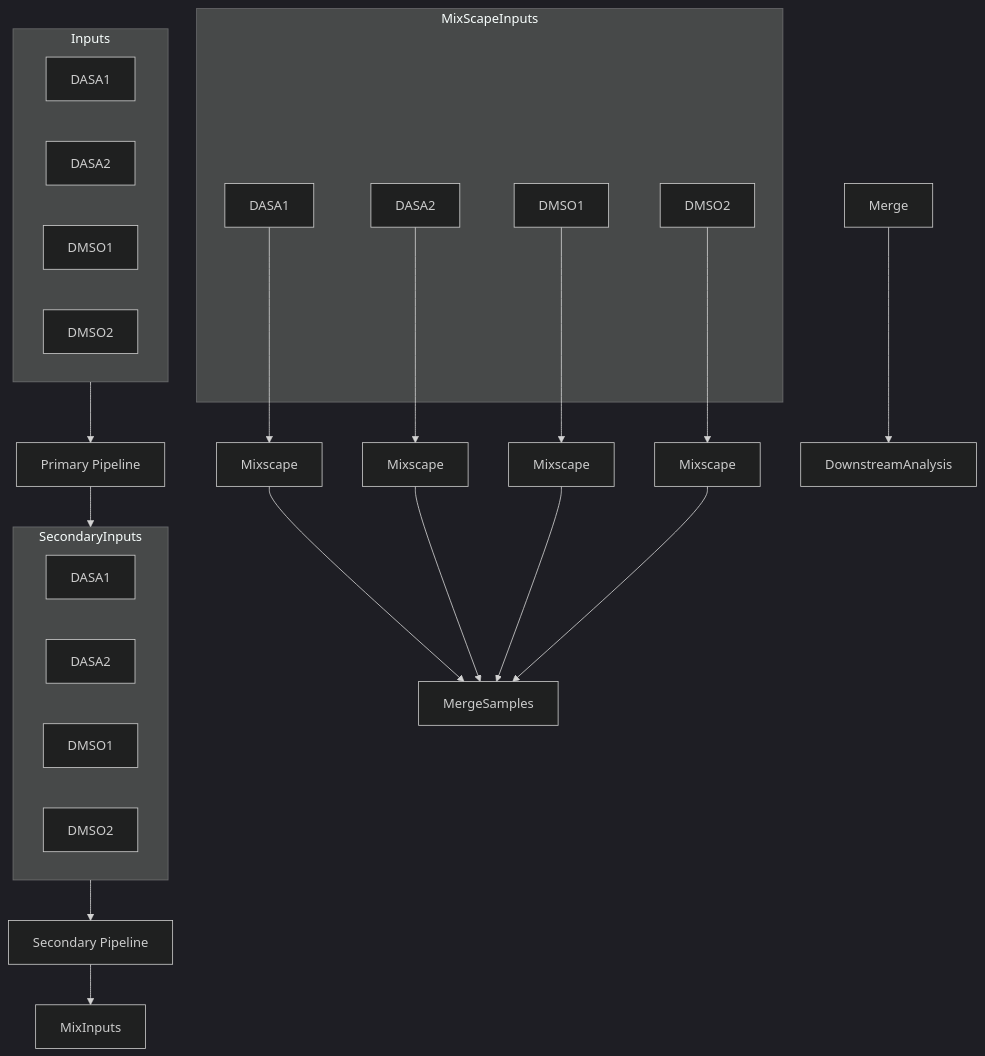
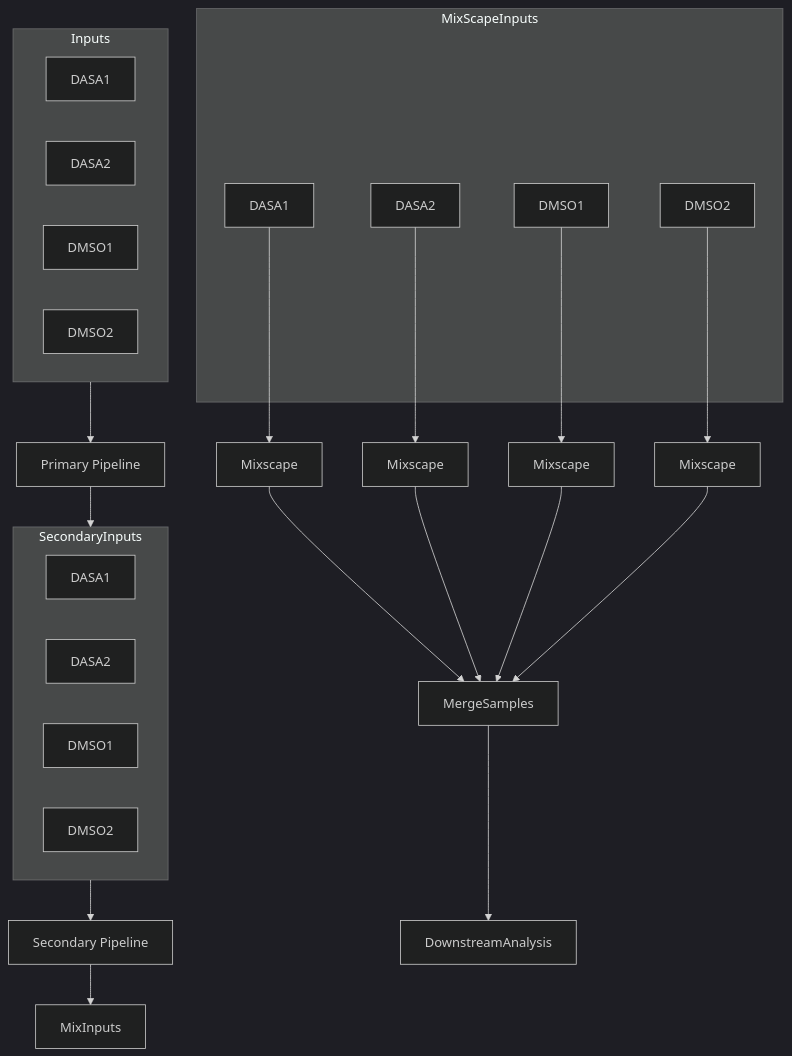
One commit to ucsf-lgr/catatac_public changed the diagram in README.md. Above: the diagram before and after it, drawn with Mermaid (dark theme).

Commit message:
add chart

````diff
--- a/README.md
+++ b/README.md
@@ -15,34 +15,34 @@
 ```mermaid
 flowchart TD
     subgraph Inputs
         DASA1
         DASA2
         DMSO1
         DMSO2
     end
     Inputs --> Primary[Primary Pipeline]
     Primary --> SecondaryInputs
     subgraph SecondaryInputs
         DASA1S[DASA1]
         DASA2S[DASA2]
         DMSO1S[DMSO1]
         DMSO2S[DMSO2]
     end
     SecondaryInputs --> Secondary[Secondary Pipeline]
     Secondary --> MixInputs
     subgraph MixScapeInputs
         DASA1M[DASA1]
         DASA2M[DASA2]
         DMSO1M[DMSO1]
         DMSO2M[DMSO2]
     end
     DASA1M --> Mix1[Mixscape]
     DASA2M --> Mix2[Mixscape]
     DMSO1M --> Mix3[Mixscape]
     DMSO2M --> Mix4[Mixscape]
     Mix1 --> MergeSamples
     Mix2 --> MergeSamples
     Mix3 --> MergeSamples
     Mix4 --> MergeSamples
-    Merge --> DownstreamAnalysis
+    MergeSamples --> DownstreamAnalysis
 ```
````
